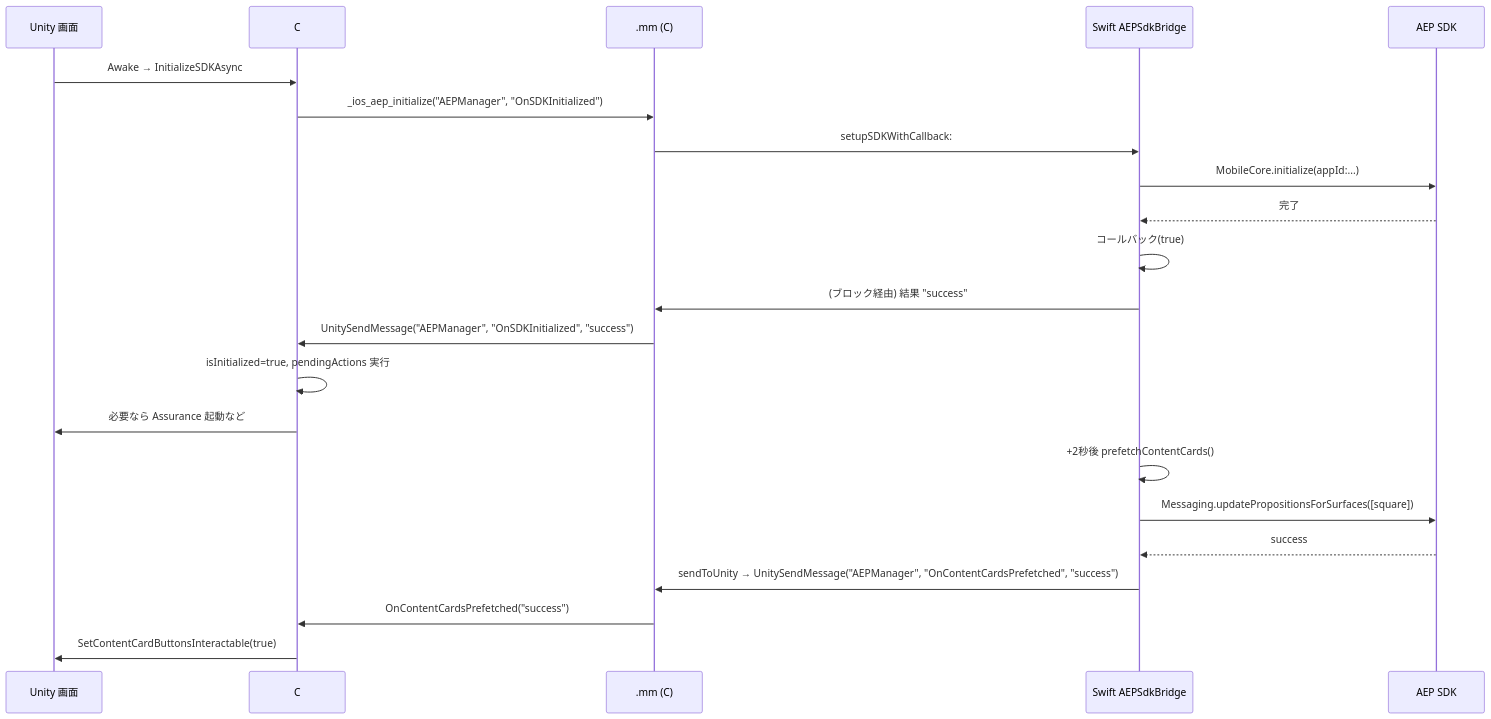
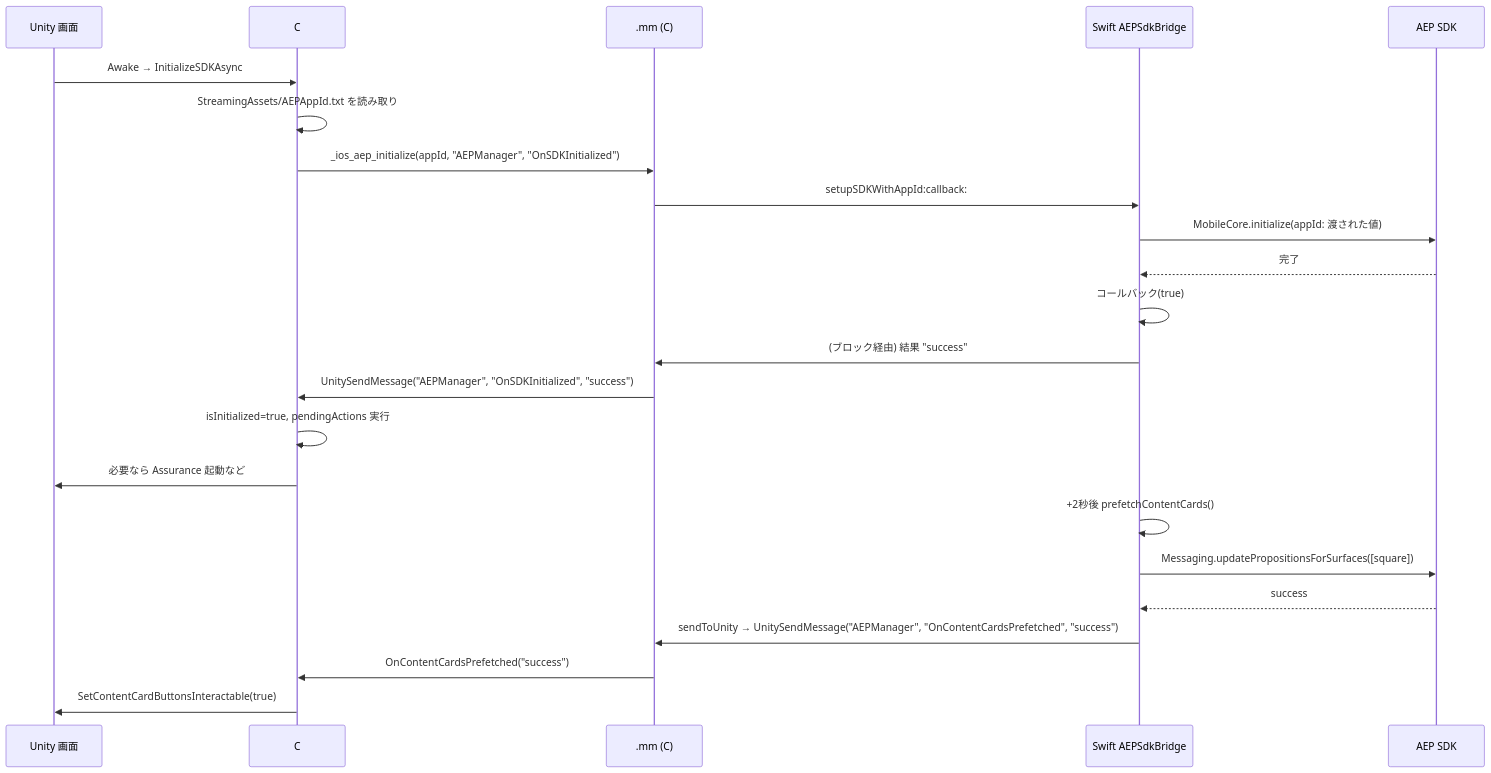
Before and after one commit to noriinoue/AEP-SDK-Test: the second of 6 diagrams in README.md, drawn with Mermaid. The commit also changed other lines of this file and 9 other files, not shown here.

First line of the commit message:
feat: AEP Launch App ID を秘匿化し、StreamingAssets から読み込むように変更

````diff
--- a/README.md
+++ b/README.md
@@ -84,25 +100,26 @@
 ```mermaid
 sequenceDiagram
     participant U as Unity 画面
     participant C as C# AEPManager
     participant M as .mm (C)
     participant S as Swift AEPSdkBridge
     participant AEP as AEP SDK
 
     U->>C: Awake → InitializeSDKAsync
-    C->>M: _ios_aep_initialize("AEPManager", "OnSDKInitialized")
-    M->>S: setupSDKWithCallback:
-    S->>AEP: MobileCore.initialize(appId:...)
+    C->>C: StreamingAssets/AEPAppId.txt を読み取り
+    C->>M: _ios_aep_initialize(appId, "AEPManager", "OnSDKInitialized")
+    M->>S: setupSDKWithAppId:callback:
+    S->>AEP: MobileCore.initialize(appId: 渡された値)
     AEP-->>S: 完了
     S->>S: コールバック(true)
     S->>M: (ブロック経由) 結果 "success"
     M->>C: UnitySendMessage("AEPManager", "OnSDKInitialized", "success")
     C->>C: isInitialized=true, pendingActions 実行
     C->>U: 必要なら Assurance 起動など
     S->>S: +2秒後 prefetchContentCards()
     S->>AEP: Messaging.updatePropositionsForSurfaces([square])
     AEP-->>S: success
     S->>M: sendToUnity → UnitySendMessage("AEPManager", "OnContentCardsPrefetched", "success")
     M->>C: OnContentCardsPrefetched("success")
     C->>U: SetContentCardButtonsInteractable(true)
 ```
````
